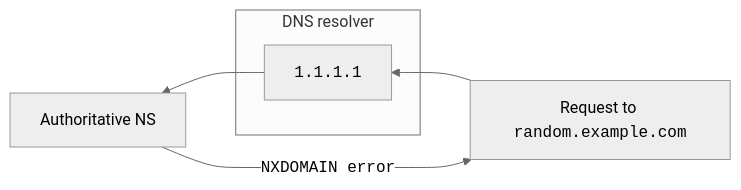
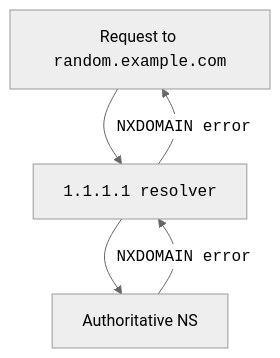
Before and after one commit to cloudflare/cloudflare-docs: the second of 2 diagrams in content/dns/dns-firewall/random-prefix-attacks/about.md, drawn with Mermaid (neutral theme). The commit also changed other lines of this file and 1 other file, not shown here.

Commit message:
Updated diagrams and wording for about

```diff
--- a/content/dns/dns-firewall/random-prefix-attacks/about.md
+++ b/content/dns/dns-firewall/random-prefix-attacks/about.md
@@ -36,10 +35,8 @@
 <div class="mermaid">
-    flowchart RL
+    flowchart TD
       accTitle: Random prefix attacks diagram
-      A[Request to <code>random.example.com</code>] --> B[<code>1.1.1.1</code>]
+      A[Request to <code>random.example.com</code>] --> B[<code>1.1.1.1 resolver</code>]
       B --> C[Authoritative NS]
-      C --<code>NXDOMAIN error</code>--> A
-      subgraph DNS resolver
-        B
-      end
+      C --<code>NXDOMAIN error</code>--> B
+      B --<code>NXDOMAIN error</code>--> A
 </div>
```
